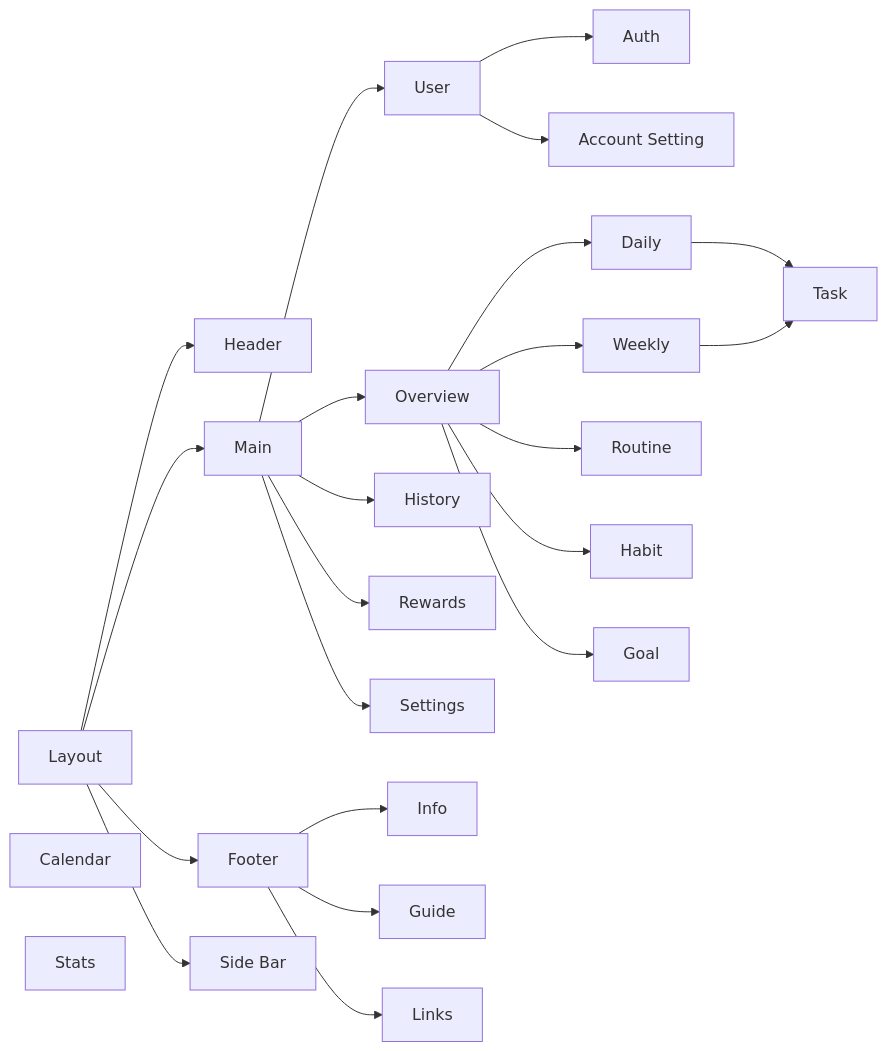
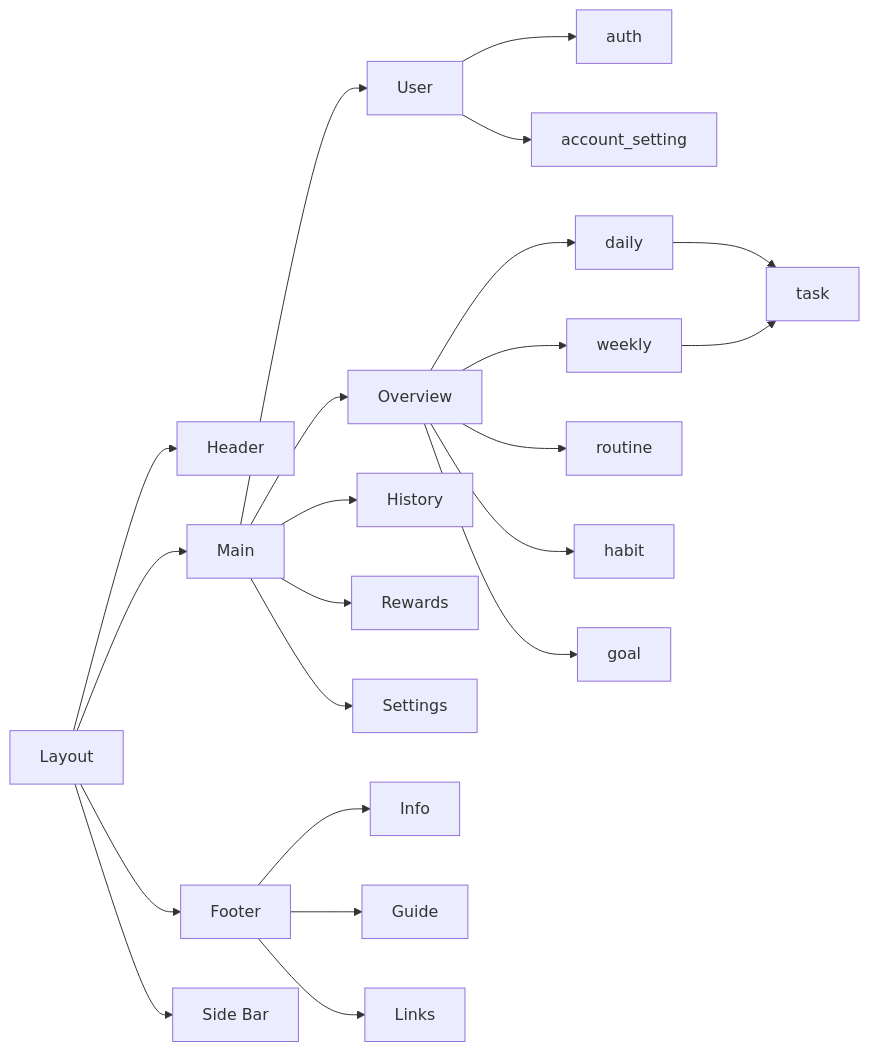
The second of 2 diagrams in README.md (MattisZheng/sisyphus_stone), drawn with Mermaid before and after one commit. The commit also changed other lines of this file and 37 other files, not shown here.

````diff
--- a/README.md
+++ b/README.md
@@ -50,34 +56,24 @@
 ```mermaid
 flowchart LR
 layout[Layout]
   header[Header]
   main[Main]
     user[User]
-      auth[Auth]
-      account_setting[Account Setting]
     overview[Overview]
-      daily[Daily]
-      weekly[Weekly]
-        task[Task]
-      routine[Routine]
-      habit[Habit]
-      goal[Goal]
     history[History]
-      calendar[Calendar]
-      stats[Stats]
     rewards[Rewards]
     settings[Settings]
   footer[Footer]
     info[Info]
     guide[Guide]
     links[Links]
   sidebar[Side Bar]
 
-  layout --> header & main & footer & sidebar
-    header
-    main --> user & overview & history & rewards & settings
-      user --> auth & account_setting
-      overview --> daily & weekly & routine & habit & goal
-        daily & weekly --> task
-    footer --> info & guide & links
+layout --> header & main & footer & sidebar
+  header
+  main --> user & overview & history & rewards & settings
+    user --> auth & account_setting
+    overview --> daily & weekly & routine & habit & goal
+      daily & weekly --> task
+  footer --> info & guide & links
 ```
````
